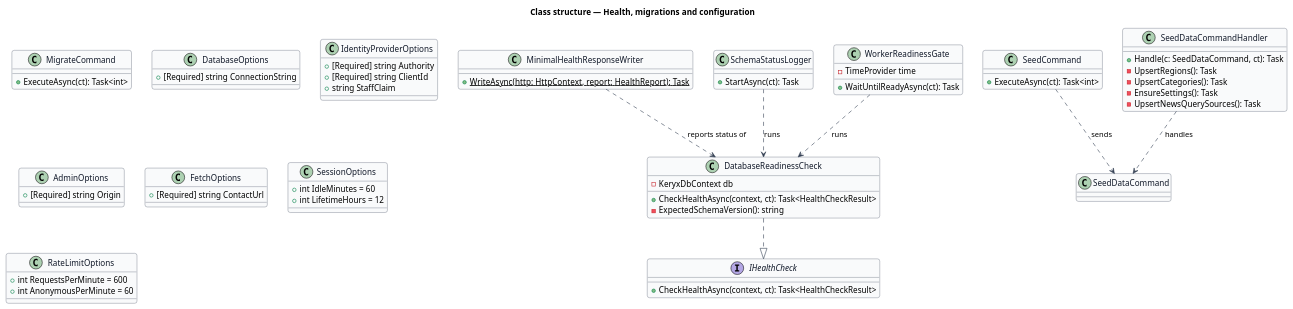
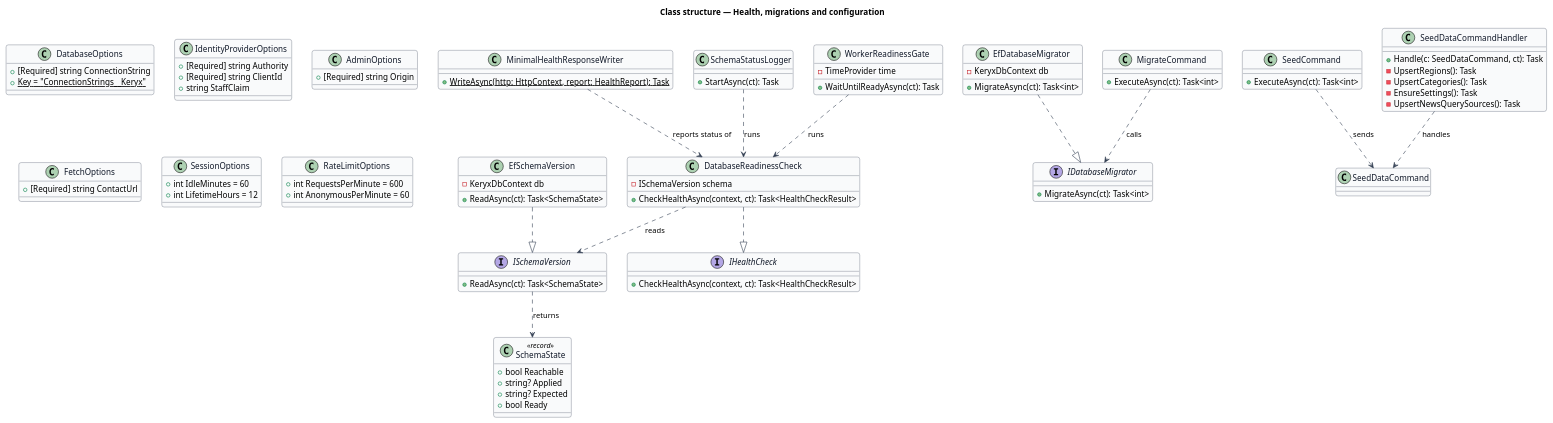
One commit to QuinntyneBrown/keryx changed the diagram in docs/detailed-designs/operations/health-migrations-and-configuration/diagrams/class-structure.puml. Above: the diagram before and after it, drawn with PlantUML. The commit also changed 23 other files, not shown here.

```diff
--- a/docs/detailed-designs/operations/health-migrations-and-configuration/diagrams/class-structure.puml
+++ b/docs/detailed-designs/operations/health-migrations-and-configuration/diagrams/class-structure.puml
@@ -1,77 +1,102 @@
 @startuml
 ' --- shared skin header ---
 skinparam backgroundColor #FFFFFF
 skinparam shadowing false
 skinparam roundcorner 8
 skinparam defaultFontName Arial
 skinparam ArrowColor #344054
 skinparam class {
   BorderColor #344054
   FontColor #101828
   BackgroundColor #F9FAFB
 }
 ' --------------------------
 title Class structure — Health, migrations and configuration
 
 interface IHealthCheck {
   +CheckHealthAsync(context, ct): Task<HealthCheckResult>
 }
 class DatabaseReadinessCheck {
+  -ISchemaVersion schema
+  +CheckHealthAsync(context, ct): Task<HealthCheckResult>
+}
+interface ISchemaVersion {
+  +ReadAsync(ct): Task<SchemaState>
+}
+class EfSchemaVersion {
   -KeryxDbContext db
-  +CheckHealthAsync(context, ct): Task<HealthCheckResult>
-  -ExpectedSchemaVersion(): string
+  +ReadAsync(ct): Task<SchemaState>
+}
+class SchemaState <<record>> {
+  +bool Reachable
+  +string? Applied
+  +string? Expected
+  +bool Ready
+}
+interface IDatabaseMigrator {
+  +MigrateAsync(ct): Task<int>
+}
+class EfDatabaseMigrator {
+  -KeryxDbContext db
+  +MigrateAsync(ct): Task<int>
 }
 class MinimalHealthResponseWriter {
   +{static} WriteAsync(http: HttpContext, report: HealthReport): Task
 }
 class SchemaStatusLogger {
   +StartAsync(ct): Task
 }
 class WorkerReadinessGate {
   -TimeProvider time
   +WaitUntilReadyAsync(ct): Task
 }
 class MigrateCommand {
   +ExecuteAsync(ct): Task<int>
 }
 class SeedCommand {
   +ExecuteAsync(ct): Task<int>
 }
 class SeedDataCommand
 class SeedDataCommandHandler {
   +Handle(c: SeedDataCommand, ct): Task
   -UpsertRegions(): Task
   -UpsertCategories(): Task
   -EnsureSettings(): Task
   -UpsertNewsQuerySources(): Task
 }
 class DatabaseOptions {
   +[Required] string ConnectionString
+  +{static} Key = "ConnectionStrings__Keryx"
 }
 class IdentityProviderOptions {
   +[Required] string Authority
   +[Required] string ClientId
   +string StaffClaim
 }
 class AdminOptions {
   +[Required] string Origin
 }
 class FetchOptions {
   +[Required] string ContactUrl
 }
 class SessionOptions {
   +int IdleMinutes = 60
   +int LifetimeHours = 12
 }
 class RateLimitOptions {
   +int RequestsPerMinute = 600
   +int AnonymousPerMinute = 60
 }
 
 DatabaseReadinessCheck ..|> IHealthCheck
+DatabaseReadinessCheck ..> ISchemaVersion : reads
+EfSchemaVersion ..|> ISchemaVersion
+ISchemaVersion ..> SchemaState : returns
+EfDatabaseMigrator ..|> IDatabaseMigrator
+MigrateCommand ..> IDatabaseMigrator : calls
 SchemaStatusLogger ..> DatabaseReadinessCheck : runs
 WorkerReadinessGate ..> DatabaseReadinessCheck : runs
 MinimalHealthResponseWriter ..> DatabaseReadinessCheck : reports status of
 SeedCommand ..> SeedDataCommand : sends
 SeedDataCommandHandler ..> SeedDataCommand : handles
 @enduml
```
